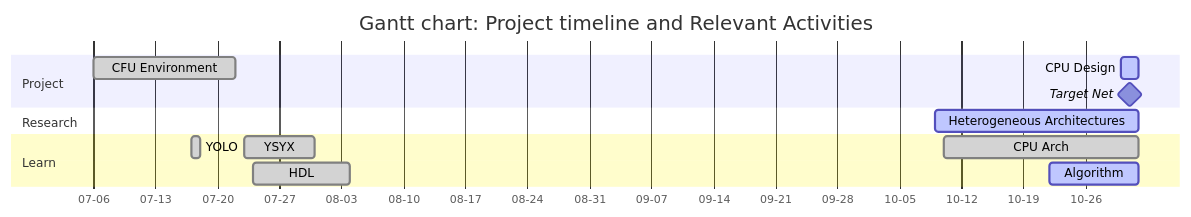
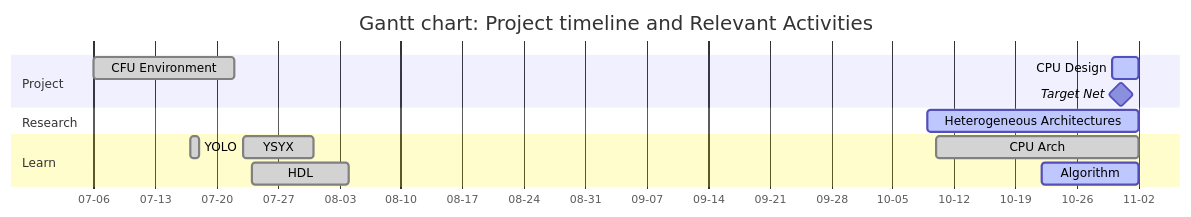
Before and after one commit to Marcobisky/Marcobisky.github.io: the first of 2 diagrams in tinyml/index.qmd, drawn with Mermaid. The commit also changed other lines of this file and 7 other files, not shown here.

````diff
--- a/tinyml/index.qmd
+++ b/tinyml/index.qmd
@@ -46,31 +46,31 @@
 ```{mermaid}
 ---
 displayMode: compact
 ---
 %%| label: fig-timeline
 %%| fig-cap: "Gantt Chart"
 %%| fig-width: 10
 %%| fig-height: 6
 
 gantt
     title Gantt chart: Project timeline and Relevant Activities
     dateFormat  YYYY-MM-DD
     axisFormat  %m-%d
     tickInterval 14d
 
     section Project
         CFU Environment :done, 2025-07-06, 2025-07-22
         Target Net :milestone, 2025-10-31, 0d
-        CPU Design :active, 2025-10-30, 2025-11-01
+        CPU Design :active, 2025-10-30, 2025-11-02
 
     section Research
-        Heterogeneous Architectures :active, 2025-10-09, 2025-11-01
+        Heterogeneous Architectures :active, 2025-10-09, 2025-11-02
 
     section Learn
         YSYX :done, 2025-07-23, 2025-07-31
         HDL :done, 2025-07-24, 2025-08-04
         YOLO :done, 2025-07-17, 1d
-        CPU Arch :done, 2025-10-10, 2025-11-01
-        Algorithm :active, 2025-10-22, 2025-11-01
+        CPU Arch :done, 2025-10-10, 2025-11-02
+        Algorithm :active, 2025-10-22, 2025-11-02
 
 ```
````
